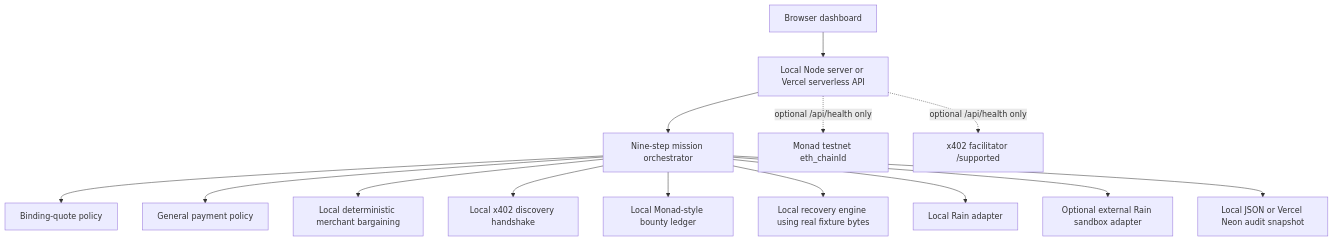
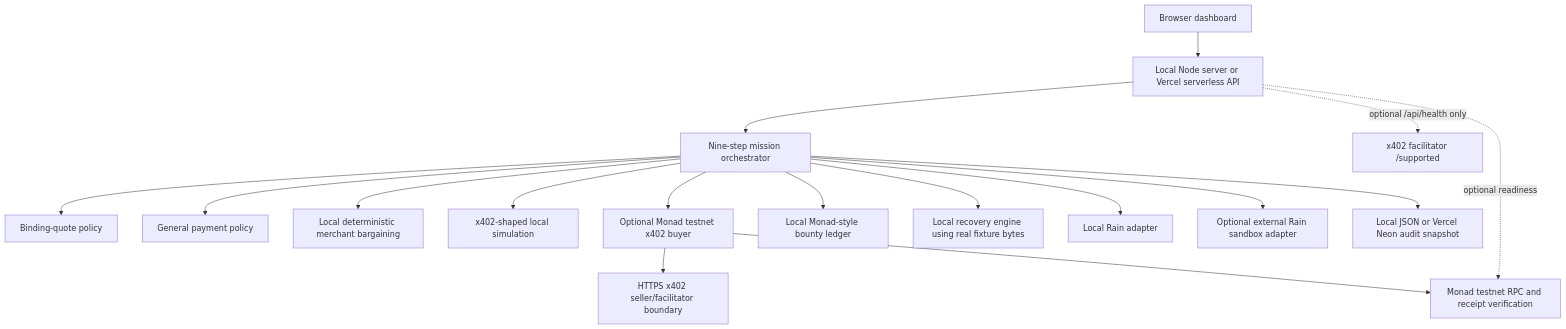
The diagram in PROJECT_GUIDE.md (7dracoder/LazarusMesh), drawn with Mermaid before and after one commit. The commit also changed other lines of this file and 39 other files, not shown here.

````diff
--- a/PROJECT_GUIDE.md
+++ b/PROJECT_GUIDE.md
@@ -53,16 +57,19 @@
 ```mermaid
 flowchart TD
     UI["Browser dashboard"] --> HTTP["Local Node server or Vercel serverless API"]
     HTTP --> ORCH["Nine-step mission orchestrator"]
     ORCH --> QP["Binding-quote policy"]
     ORCH --> PP["General payment policy"]
     ORCH --> NEG["Local deterministic merchant bargaining"]
-    ORCH --> X402["Local x402 discovery handshake"]
+    ORCH --> X402["x402-shaped local simulation"]
+    ORCH --> X402LIVE["Optional Monad testnet x402 buyer"]
     ORCH --> MONAD["Local Monad-style bounty ledger"]
     ORCH --> REC["Local recovery engine using real fixture bytes"]
     ORCH --> RAINLOCAL["Local Rain adapter"]
     ORCH --> RAINSANDBOX["Optional external Rain sandbox adapter"]
     ORCH --> STORE["Local JSON or Vercel Neon audit snapshot"]
-    HTTP -. "optional /api/health only" .-> RPC["Monad testnet eth_chainId"]
+    X402LIVE --> SELLER["HTTPS x402 seller/facilitator boundary"]
+    X402LIVE --> RPC["Monad testnet RPC and receipt verification"]
+    HTTP -. "optional readiness" .-> RPC
     HTTP -. "optional /api/health only" .-> FAC["x402 facilitator /supported"]
 ```
````
